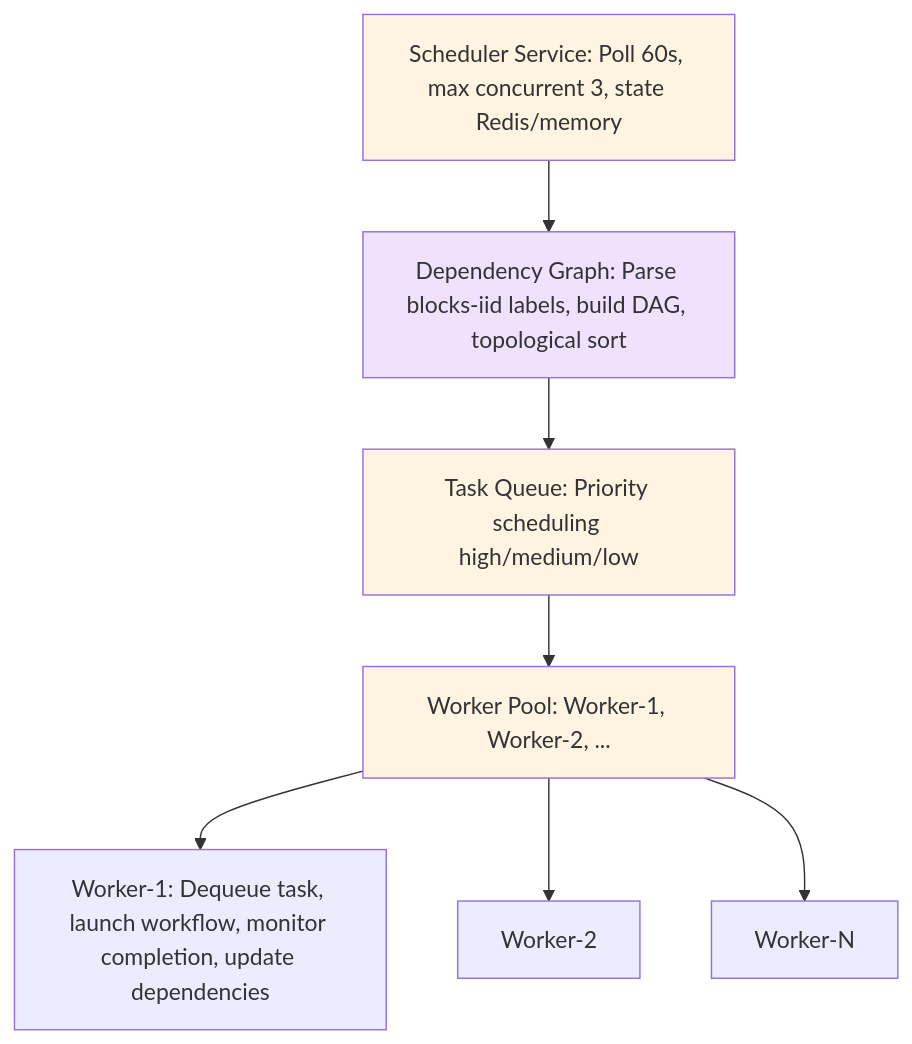
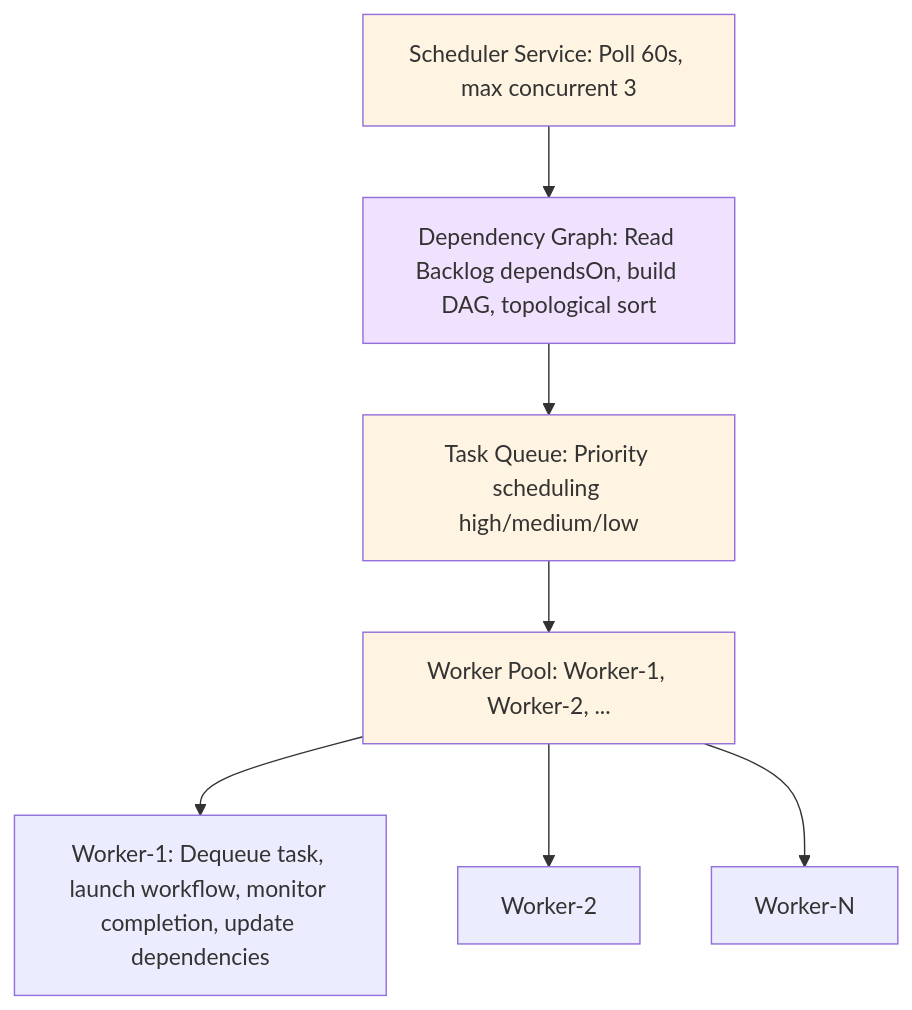
Before and after one commit to easyhaloo/afk: the second of 9 diagrams in docs/WORKFLOWS.md, drawn with Mermaid. The commit also changed other lines of this file and 87 other files, not shown here.

````diff
--- a/docs/WORKFLOWS.md
+++ b/docs/WORKFLOWS.md
@@ -98,17 +97,17 @@
 ```mermaid
 graph TD
-    Sched["Scheduler Service: Poll 60s, max concurrent 3, state Redis/memory"] --> Dep["Dependency Graph: Parse blocks-iid labels, build DAG, topological sort"]
+    Sched["Scheduler Service: Poll 60s, max concurrent 3"] --> Dep["Dependency Graph: Read Backlog dependsOn, build DAG, topological sort"]
 
     Dep --> Queue["Task Queue: Priority scheduling high/medium/low"]
 
     Queue --> Pool["Worker Pool: Worker-1, Worker-2, ..."]
 
     Pool --> W1["Worker-1: Dequeue task, launch workflow, monitor completion, update dependencies"]
     Pool --> W2[Worker-2]
     Pool --> W3[Worker-N]
 
     classDef config fill:#fff4e1
     classDef data fill:#f0e1ff
     class Sched,Queue,Pool config
     class Dep data
 ```
````
